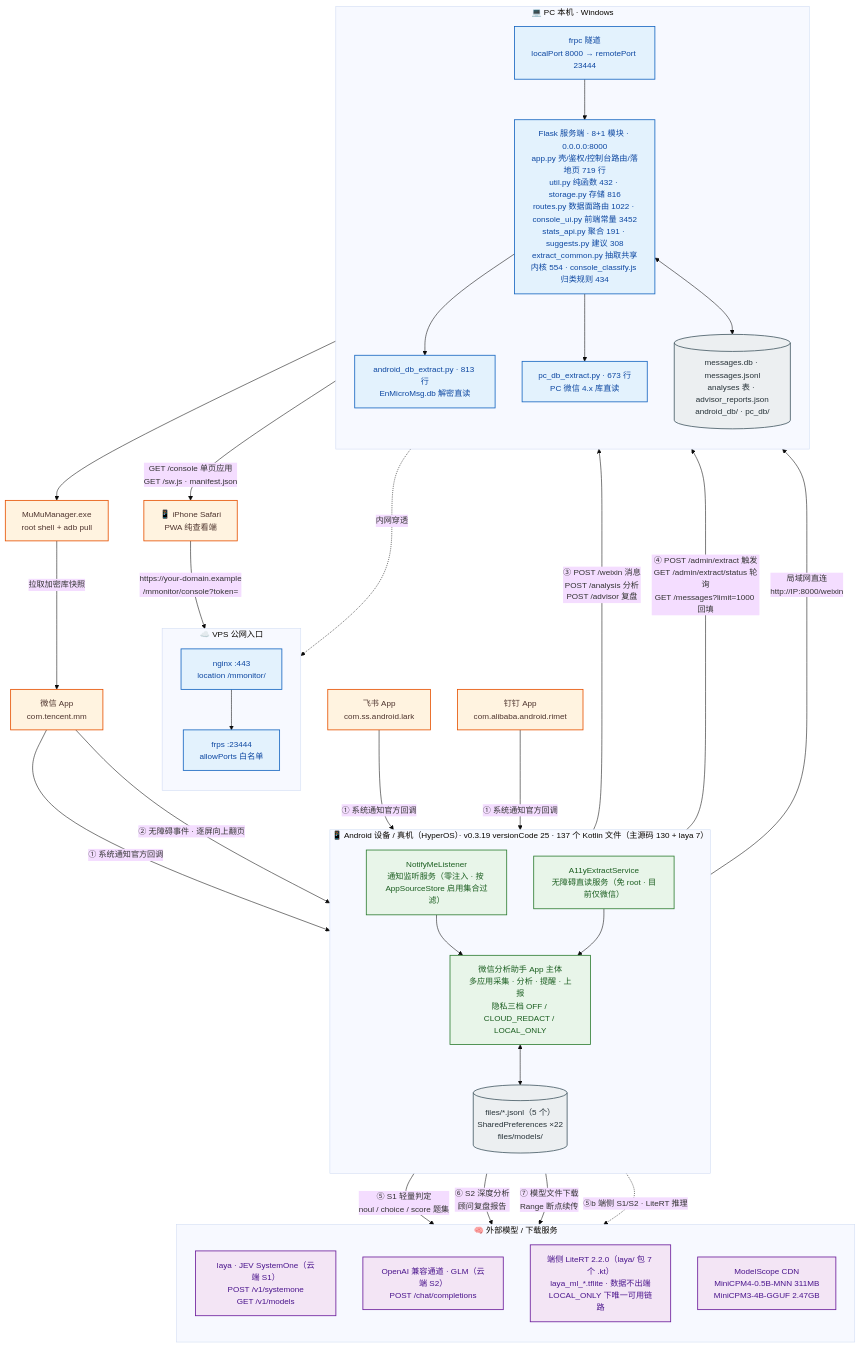
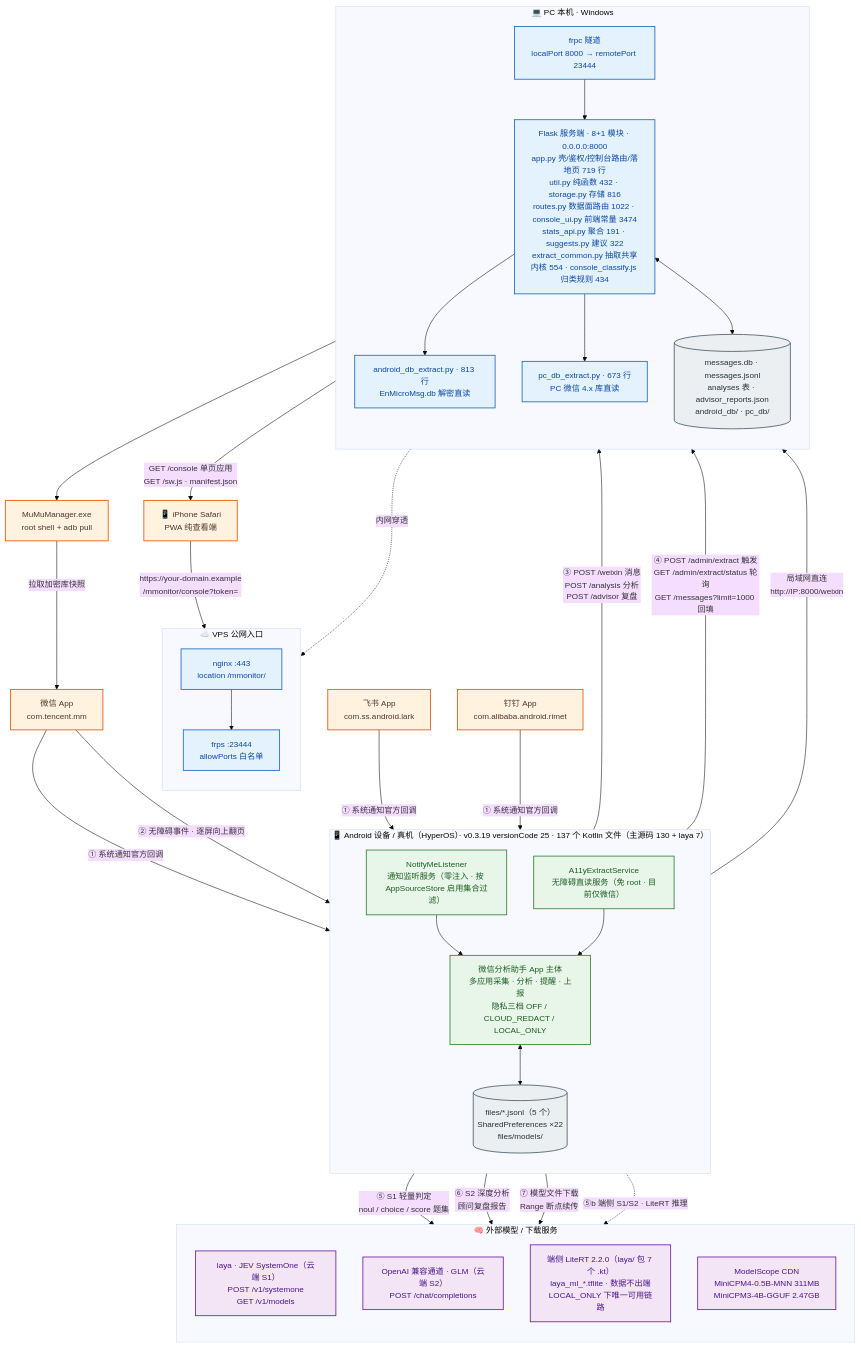
One commit to solidjoker/notifyme changed the diagram in docs/architecture/diagrams/01-system-context.mmd. Above: the diagram before and after it, drawn with Mermaid. The commit also changed 14 other files, not shown here.

```diff
--- a/docs/architecture/diagrams/01-system-context.mmd
+++ b/docs/architecture/diagrams/01-system-context.mmd
@@ -1,70 +1,70 @@
 %%{init: {'theme':'base','themeVariables':{'fontSize':'15px','fontFamily':'Microsoft YaHei, PingFang SC, sans-serif'},'flowchart':{'htmlLabels':true,'curve':'basis'}}}%%
 flowchart TB
     classDef ext  fill:#fff3e0,stroke:#e65100,stroke-width:1.5px,color:#4e342e
     classDef app  fill:#e8f5e9,stroke:#2e7d32,stroke-width:1.5px,color:#1b5e20
     classDef srv  fill:#e3f2fd,stroke:#1565c0,stroke-width:1.5px,color:#0d47a1
     classDef llm  fill:#f3e5f5,stroke:#6a1b9a,stroke-width:1.5px,color:#4a148c
     classDef store fill:#eceff1,stroke:#455a64,stroke-width:1.5px,color:#263238
 
     WX["微信 App<br/>com.tencent.mm"]:::ext
     FS["飞书 App<br/>com.ss.android.lark"]:::ext
     DT["钉钉 App<br/>com.alibaba.android.rimet"]:::ext
 
     subgraph DEV["📱 Android 设备 / 真机（HyperOS）· v0.3.19 versionCode 25 · 137 个 Kotlin 文件（主源码 130 + laya 7）"]
         direction TB
         NL["NotifyMeListener<br/>通知监听服务（零注入 · 按 AppSourceStore 启用集合过滤）"]:::app
         A11Y["A11yExtractService<br/>无障碍直读服务（免 root · 目前仅微信）"]:::app
         CORE["微信分析助手 App 主体<br/>多应用采集 · 分析 · 提醒 · 上报<br/>隐私三档 OFF / CLOUD_REDACT / LOCAL_ONLY"]:::app
         STORE[("files/*.jsonl（5 个）<br/>SharedPreferences ×22<br/>files/models/")]:::store
         NL --> CORE
         A11Y --> CORE
         CORE <--> STORE
     end
 
     subgraph HOST["💻 PC 本机 · Windows"]
         direction TB
-        FLASK["Flask 服务端 · 8+1 模块 · 0.0.0.0:8000<br/>app.py 壳/鉴权/控制台路由/落地页 719 行<br/>util.py 纯函数 432 · storage.py 存储 816<br/>routes.py 数据面路由 1022 · console_ui.py 前端常量 3452<br/>stats_api.py 聚合 191 · suggests.py 建议 308<br/>extract_common.py 抽取共享内核 554 · console_classify.js 归类规则 434"]:::srv
+        FLASK["Flask 服务端 · 8+1 模块 · 0.0.0.0:8000<br/>app.py 壳/鉴权/控制台路由/落地页 719 行<br/>util.py 纯函数 432 · storage.py 存储 816<br/>routes.py 数据面路由 1022 · console_ui.py 前端常量 3474<br/>stats_api.py 聚合 191 · suggests.py 建议 322<br/>extract_common.py 抽取共享内核 554 · console_classify.js 归类规则 434"]:::srv
         ADBEX["android_db_extract.py · 813 行<br/>EnMicroMsg.db 解密直读"]:::srv
         PCEX["pc_db_extract.py · 673 行<br/>PC 微信 4.x 库直读"]:::srv
         DB[("messages.db · messages.jsonl<br/>analyses 表 · advisor_reports.json<br/>android_db/ · pc_db/")]:::store
         FRPC["frpc 隧道<br/>localPort 8000 → remotePort 23444"]:::srv
         FLASK --> ADBEX
         FLASK --> PCEX
         FLASK <--> DB
         FRPC --> FLASK
     end
 
     subgraph VPS["☁️ VPS 公网入口"]
         direction TB
         NGINX["nginx :443<br/>location /mmonitor/"]:::srv
         FRPS["frps :23444<br/>allowPorts 白名单"]:::srv
         NGINX --> FRPS
     end
 
     subgraph AI["🧠 外部模型 / 下载服务"]
         direction TB
         LAYA["laya · JEV SystemOne（云端 S1）<br/>POST /v1/systemone<br/>GET /v1/models"]:::llm
         GLM["OpenAI 兼容通道 · GLM（云端 S2）<br/>POST /chat/completions"]:::llm
         LITE["端侧 LiteRT 2.2.0（laya/ 包 7 个 .kt）<br/>laya_ml_*.tflite · 数据不出端<br/>LOCAL_ONLY 下唯一可用链路"]:::llm
         MS["ModelScope CDN<br/>MiniCPM4-0.5B-MNN 311MB<br/>MiniCPM3-4B-GGUF 2.47GB"]:::llm
     end
 
     MUMU["MuMuManager.exe<br/>root shell + adb pull"]:::ext
     IPHONE["📱 iPhone Safari<br/>PWA 纯查看端"]:::ext
 
     WX -->|"① 系统通知官方回调"| NL
     FS -->|"① 系统通知官方回调"| NL
     DT -->|"① 系统通知官方回调"| NL
     WX -->|"② 无障碍事件 · 逐屏向上翻页"| A11Y
     CORE -->|"③ POST /weixin 消息<br/>POST /analysis 分析<br/>POST /advisor 复盘"| FLASK
     CORE -->|"④ POST /admin/extract 触发<br/>GET /admin/extract/status 轮询<br/>GET /messages?limit=1000 回填"| FLASK
     CORE -->|"⑤ S1 轻量判定<br/>noul / choice / score 题集"| LAYA
     CORE -->|"⑥ S2 深度分析<br/>顾问复盘报告"| GLM
     CORE -->|"⑦ 模型文件下载<br/>Range 断点续传"| MS
     CORE -.->|"⑤b 端侧 S1/S2 · LiteRT 推理"| LITE
     ADBEX --> MUMU
     MUMU -->|"拉取加密库快照"| WX
     CORE -->|"局域网直连<br/>http://IP:8000/weixin"| FLASK
     FRPC -.->|"内网穿透"| FRPS
     IPHONE -->|"https://your-domain.example<br/>/mmonitor/console?token="| NGINX
     FLASK -->|"GET /console 单页应用<br/>GET /sw.js · manifest.json"| IPHONE
```
